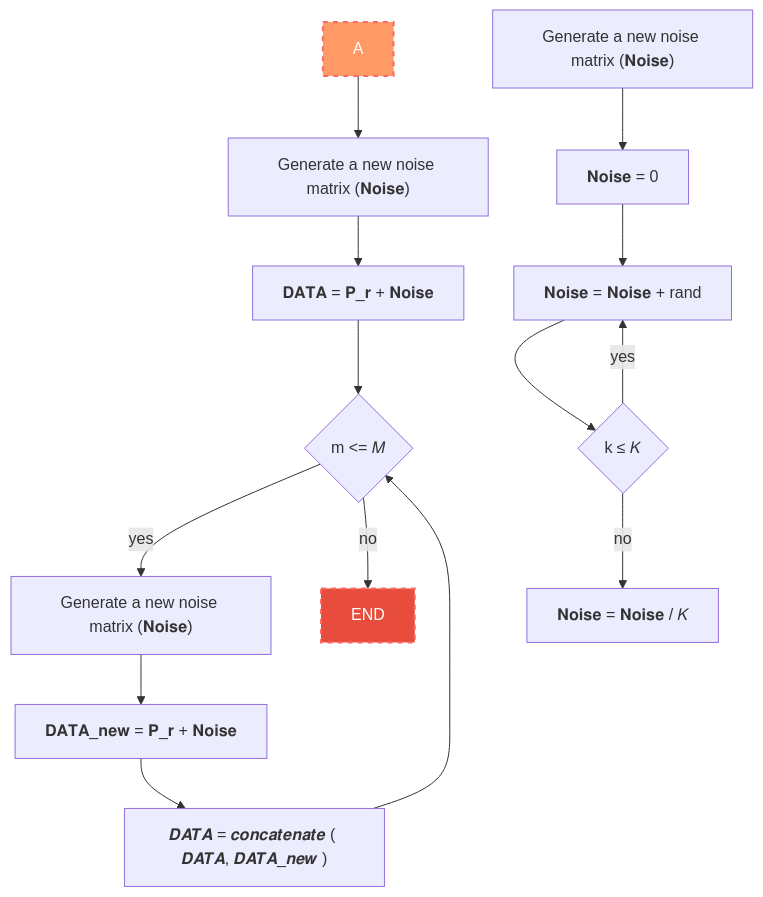
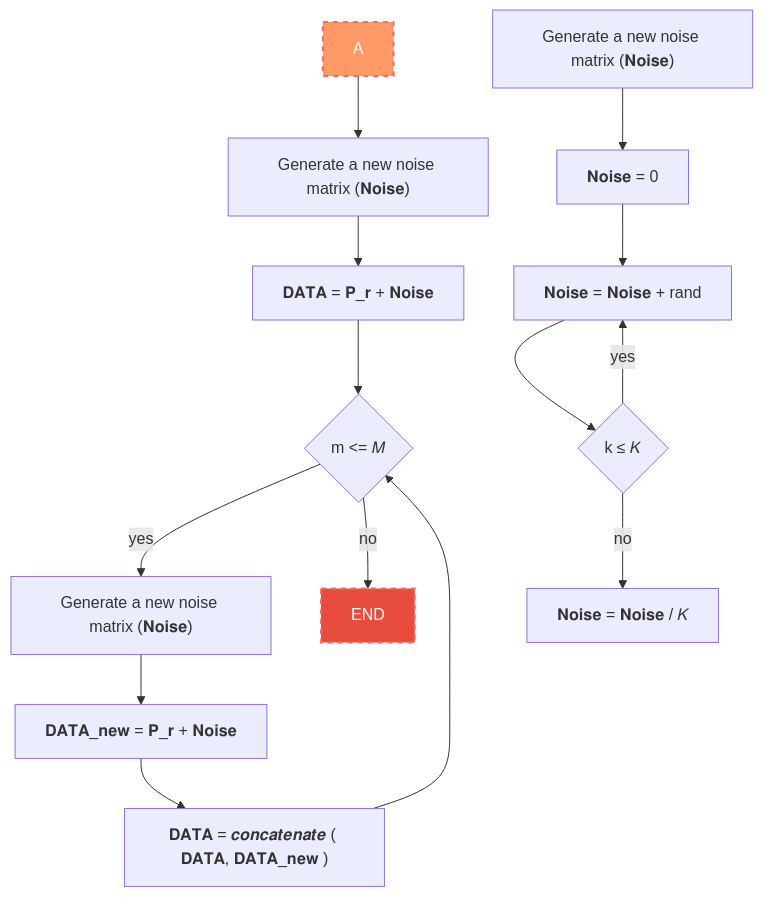
The second of 2 diagrams in README.md (anakings/Tesis), drawn with Mermaid before and after one commit.

````diff
--- a/README.md
+++ b/README.md
@@ -42,20 +42,20 @@
 ```mermaid
     graph
     noise_1[A] --> ADD1["Generate a new noise matrix (𝐍𝐨𝐢𝐬𝐞)"]
     ADD1 --> noise_2["𝐃𝐀𝐓𝐀 = 𝐏_𝐫 + 𝐍𝐨𝐢𝐬𝐞"]
     style noise_1 fill:#f96,stroke:#f66,stroke-width:2px,color:#fff,stroke-dasharray: 5 5
     noise_2 --> noise_3{"m <= 𝑀"}
     noise_3 --> |yes|noise_5["Generate a new noise matrix (𝐍𝐨𝐢𝐬𝐞)"]
     noise_5 --> noise_6["𝐃𝐀𝐓𝐀_𝐧𝐞𝐰 = 𝐏_𝐫 + 𝐍𝐨𝐢𝐬𝐞"]
-    noise_6 --> noise_7["𝑫𝑨𝑻𝑨 = 𝒄𝒐𝒏𝒄𝒂𝒕𝒆𝒏𝒂𝒕𝒆 ( 𝑫𝑨𝑻𝑨, 𝑫𝑨𝑻𝑨_𝒏𝒆𝒘 )"]
+    noise_6 --> noise_7["𝐃𝐀𝐓𝐀 = 𝒄𝒐𝒏𝒄𝒂𝒕𝒆𝒏𝒂𝒕𝒆 ( 𝐃𝐀𝐓𝐀, 𝐃𝐀𝐓𝐀_𝐧𝐞𝐰 )"]
     noise_7 --> noise_3
     
     noise_3 --> |no|noise_4[END]
     style noise_4 fill:#E74C3C,stroke:#f66,stroke-width:2px,color:#fff,stroke-dasharray: 5 5
 
     id_1["Generate a new noise matrix (𝐍𝐨𝐢𝐬𝐞)"] --> id_2["𝐍𝐨𝐢𝐬𝐞 = 0"]
     id_2 --> id_3["𝐍𝐨𝐢𝐬𝐞 = 𝐍𝐨𝐢𝐬𝐞 + rand"]
     id_3 --> id_4{"k ≤ 𝐾"}
     id_4 --> |yes|id_3
     id_4 --> |no|id_5["𝐍𝐨𝐢𝐬𝐞 = 𝐍𝐨𝐢𝐬𝐞 / 𝐾"]
 ```
````
